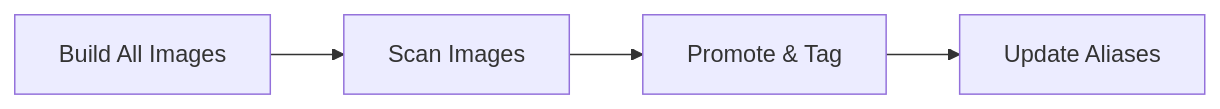
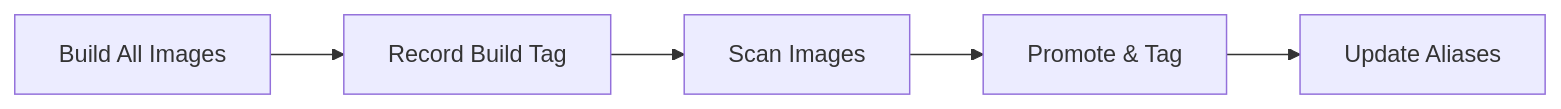
Before and after one commit to oguzkaganozt/openadkit: the diagram in docs/getting-started/release-flow.md, drawn with Mermaid. The commit also changed other lines of this file and 36 other files, not shown here.

````diff
--- a/docs/getting-started/release-flow.md
+++ b/docs/getting-started/release-flow.md
@@ -26,6 +26,7 @@
 ```mermaid
 flowchart LR
-    A[Build All Images] --> B[Scan Images]
+    A[Build All Images] --> R[Record Build Tag]
+    R --> B[Scan Images]
     B --> C[Promote & Tag]
     C --> D[Update Aliases]
 ```
````
